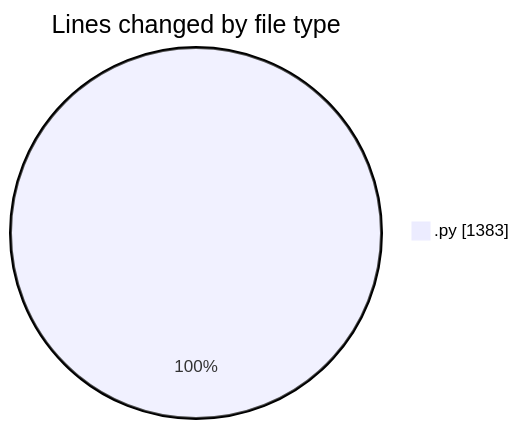
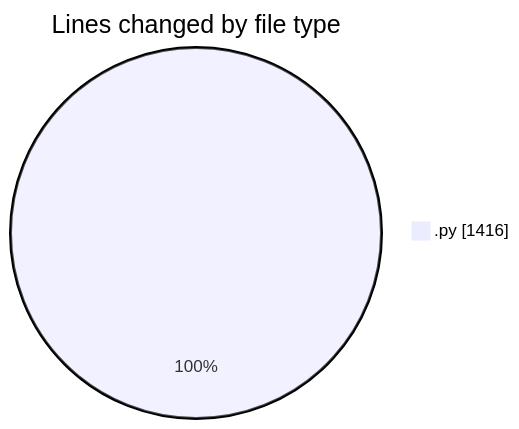
One commit to MatusMokan/code-tracking changed the first of 2 diagrams in 2025-04-18/myws__workspace_/README.md. Above: the diagram before and after it, drawn with Mermaid. The commit also changed other lines of this file and 1 other file, not shown here.

````diff
--- a/2025-04-18/myws__workspace_/README.md
+++ b/2025-04-18/myws__workspace_/README.md
@@ -20,5 +20,5 @@
 ```mermaid
 pie showData
 title Lines changed by file type
-".py" : 1383
+".py" : 1416
 ```
````
